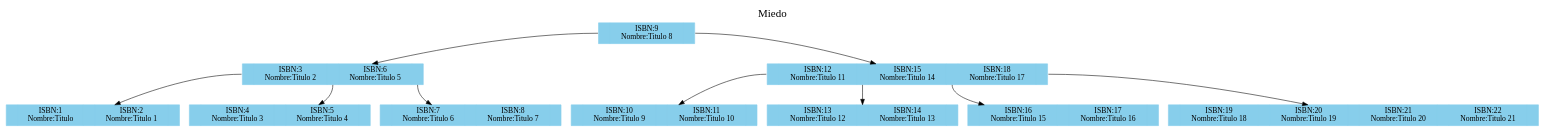
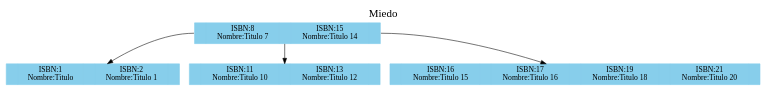
One commit to JoseMorente98/EDD-Proyecto-2 changed the diagram in Proyecto No 2/ArbolB.dot. Above: the diagram before and after it, drawn with Graphviz. The commit also changed 27 other files, not shown here.

```diff
--- a/Proyecto No 2/ArbolB.dot
+++ b/Proyecto No 2/ArbolB.dot
@@ -1,22 +1,10 @@
-	digraph g { 
- graph[label="Miedo", labelloc=t, fontsize=20, compound=true]; node [shape=record, fontcolor = black, style = filled, color = skyblue];
-	Nodo997608398[label="<P0>| ISBN:9\nNombre:Titulo 8|<P1>"];
-	Nodo1973336893[label="<P0>| ISBN:3\nNombre:Titulo 2|<P1>| ISBN:6\nNombre:Titulo 5|<P2>"];
-	Nodo1212899836[label="<P0>| ISBN:1\nNombre:Titulo|<P1>| ISBN:2\nNombre:Titulo 1|<P2>"];
-Nodo1973336893:P0 -> Nodo1212899836;
-	Nodo1174290147[label="<P0>| ISBN:4\nNombre:Titulo 3 |<P1>| ISBN:5\nNombre:Titulo 4|<P2>"];
-Nodo1973336893:P1 -> Nodo1174290147;
-	Nodo1289696681[label="<P0>| ISBN:7\nNombre:Titulo 6|<P1>| ISBN:8\nNombre:Titulo 7|<P2>"];
-Nodo1973336893:P2 -> Nodo1289696681;
-Nodo997608398:P0 -> Nodo1973336893;
-	Nodo1285044316[label="<P0>| ISBN:12\nNombre:Titulo 11|<P1>| ISBN:15\nNombre:Titulo 14|<P2>| ISBN:18\nNombre:Titulo 17|<P3>"];
-	Nodo1607460018[label="<P0>| ISBN:10\nNombre:Titulo 9|<P1>| ISBN:11\nNombre:Titulo 10|<P2>"];
-Nodo1285044316:P0 -> Nodo1607460018;
-	Nodo1811075214[label="<P0>| ISBN:13\nNombre:Titulo 12|<P1>| ISBN:14\nNombre:Titulo 13|<P2>"];
-Nodo1285044316:P1 -> Nodo1811075214;
-	Nodo1588970020[label="<P0>| ISBN:16\nNombre:Titulo 15|<P1>| ISBN:17\nNombre:Titulo 16|<P2>"];
-Nodo1285044316:P2 -> Nodo1588970020;
-	Nodo1407343478[label="<P0>| ISBN:19\nNombre:Titulo 18|<P1>| ISBN:20\nNombre:Titulo 19|<P2>| ISBN:21\nNombre:Titulo 20|<P3>| ISBN:22\nNombre:Titulo 21|<P4>"];
-Nodo1285044316:P3 -> Nodo1407343478;
-Nodo997608398:P1 -> Nodo1285044316;
+digraph g { 
+	graph[label="Miedo", labelloc=t, fontsize=20, compound=true]; node [shape=record, fontcolor = black, style = filled, color = skyblue];
+	Nodo692658612[label="<P0>| ISBN:8\nNombre:Titulo 7|<P1>| ISBN:15\nNombre:Titulo 14|<P2>"];
+	Nodo1336339081[label="<P0>| ISBN:1\nNombre:Titulo|<P1>| ISBN:2\nNombre:Titulo 1|<P2>"];
+Nodo692658612:P0 -> Nodo1336339081;
+	Nodo1143874589[label="<P0>| ISBN:11\nNombre:Titulo 10|<P1>| ISBN:13\nNombre:Titulo 12|<P2>"];
+Nodo692658612:P1 -> Nodo1143874589;
+	Nodo382328005[label="<P0>| ISBN:16\nNombre:Titulo 15|<P1>| ISBN:17\nNombre:Titulo 16|<P2>| ISBN:19\nNombre:Titulo 18|<P3>| ISBN:21\nNombre:Titulo 20|<P4>"];
+Nodo692658612:P2 -> Nodo382328005;
 }
```
